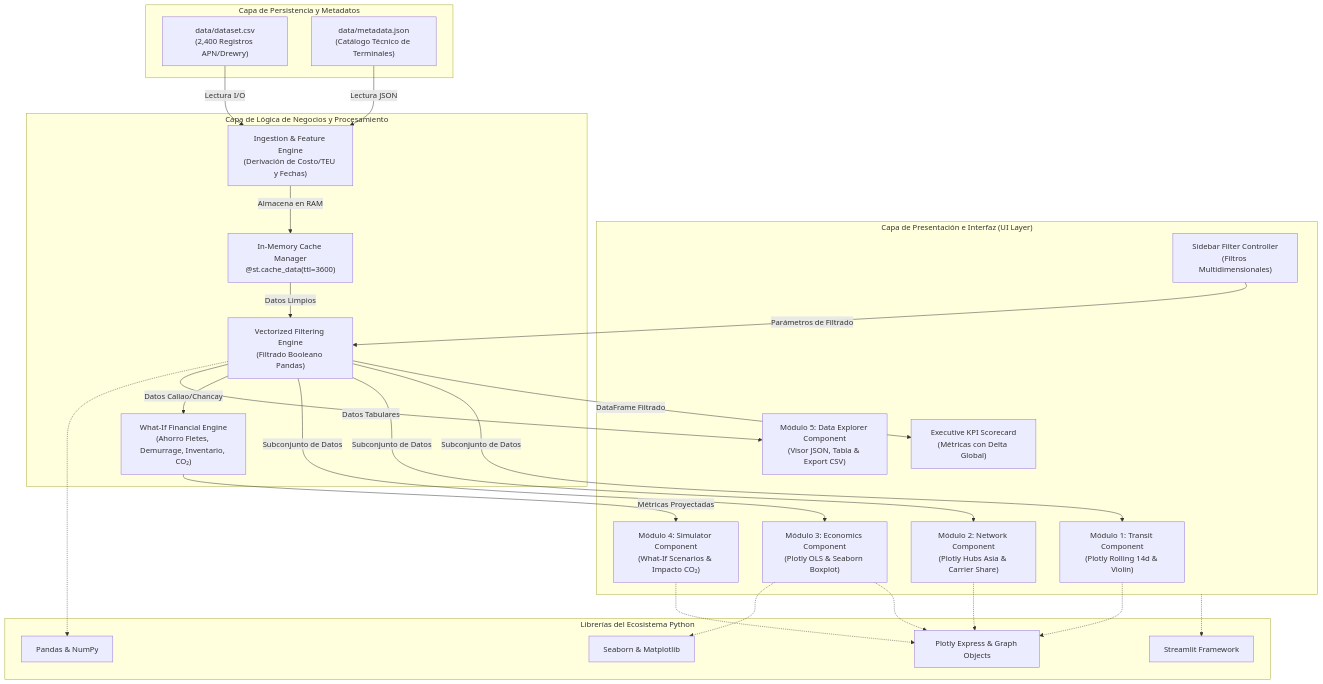
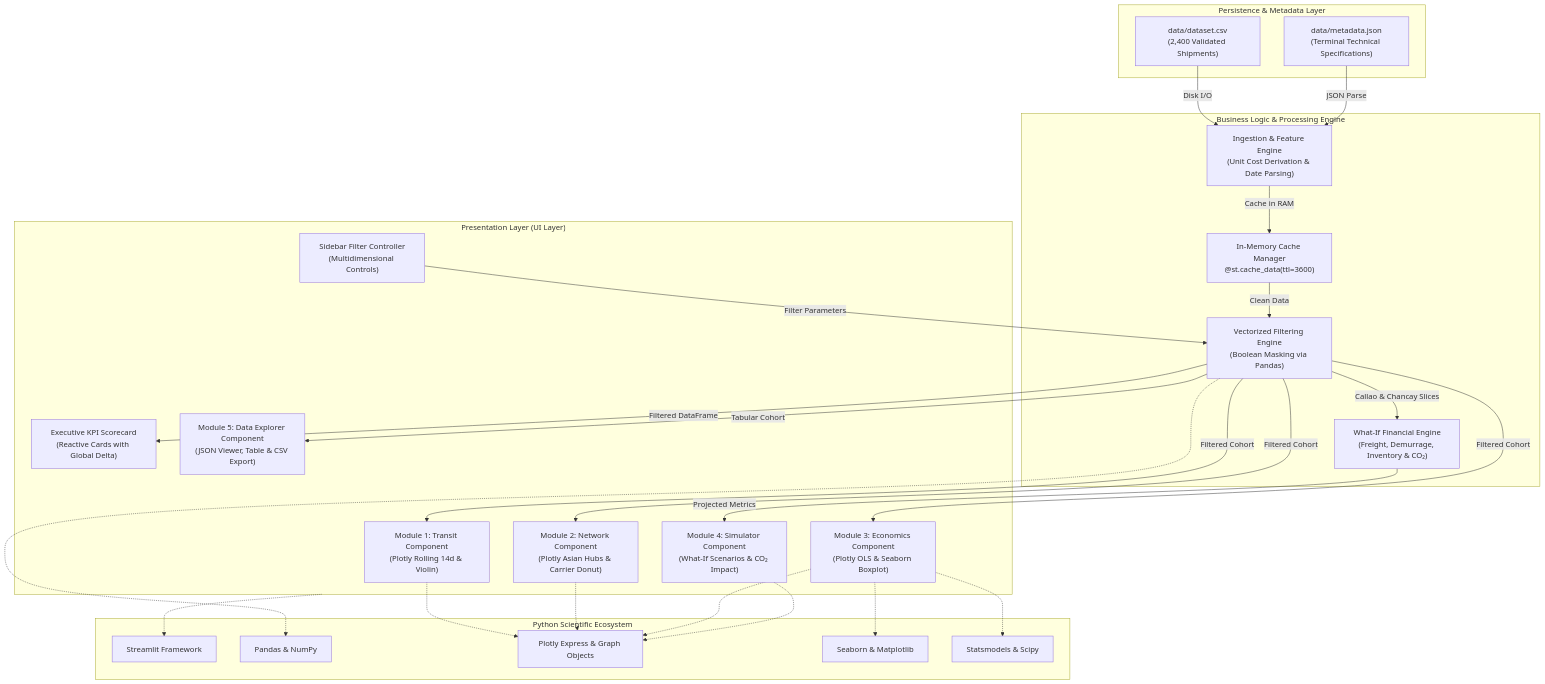
One commit to FabrizioPerezPeralta/Chancay-vs.-Callao-Interactive-Maritime-Logistics-Explorer-with-Python-Streamlit-Plotly changed the second of 5 diagrams in README.md. Above: the diagram before and after it, drawn with Mermaid. The commit also changed other lines of this file and 2 other files, not shown here.

````diff
--- a/README.md
+++ b/README.md
@@ -131,53 +131,55 @@
 ```mermaid
 flowchart TD
-    subgraph UI_Layer["Capa de Presentación e Interfaz (UI Layer)"]
-        Sidebar["Sidebar Filter Controller<br/>(Filtros Multidimensionales)"]
-        KPICard["Executive KPI Scorecard<br/>(Métricas con Delta Global)"]
-        Tab1["Módulo 1: Transit Component<br/>(Plotly Rolling 14d & Violín)"]
-        Tab2["Módulo 2: Network Component<br/>(Plotly Hubs Asia & Carrier Share)"]
-        Tab3["Módulo 3: Economics Component<br/>(Plotly OLS & Seaborn Boxplot)"]
-        Tab4["Módulo 4: Simulator Component<br/>(What-If Scenarios & Impacto CO₂)"]
-        Tab5["Módulo 5: Data Explorer Component<br/>(Visor JSON, Tabla & Export CSV)"]
+    subgraph UI_Layer["Presentation Layer (UI Layer)"]
+        Sidebar["Sidebar Filter Controller<br/>(Multidimensional Controls)"]
+        KPICard["Executive KPI Scorecard<br/>(Reactive Cards with Global Delta)"]
+        Tab1["Module 1: Transit Component<br/>(Plotly Rolling 14d & Violin)"]
+        Tab2["Module 2: Network Component<br/>(Plotly Asian Hubs & Carrier Donut)"]
+        Tab3["Module 3: Economics Component<br/>(Plotly OLS & Seaborn Boxplot)"]
+        Tab4["Module 4: Simulator Component<br/>(What-If Scenarios & CO₂ Impact)"]
+        Tab5["Module 5: Data Explorer Component<br/>(JSON Viewer, Table & CSV Export)"]
     end
 
-    subgraph Logic_Layer["Capa de Lógica de Negocios y Procesamiento"]
-        Ingest["Ingestion & Feature Engine<br/>(Derivación de Costo/TEU y Fechas)"]
+    subgraph Logic_Layer["Business Logic & Processing Engine"]
+        Ingest["Ingestion & Feature Engine<br/>(Unit Cost Derivation & Date Parsing)"]
         Cache["In-Memory Cache Manager<br/>@st.cache_data(ttl=3600)"]
-        FilterEngine["Vectorized Filtering Engine<br/>(Filtrado Booleano Pandas)"]
-        SimEngine["What-If Financial Engine<br/>(Ahorro Fletes, Demurrage, Inventario, CO₂)"]
+        FilterEngine["Vectorized Filtering Engine<br/>(Boolean Masking via Pandas)"]
+        SimEngine["What-If Financial Engine<br/>(Freight, Demurrage, Inventory & CO₂)"]
     end
 
-    subgraph Data_Layer["Capa de Persistencia y Metadatos"]
-        CSV["data/dataset.csv<br/>(2,400 Registros APN/Drewry)"]
-        JSON["data/metadata.json<br/>(Catálogo Técnico de Terminales)"]
+    subgraph Data_Layer["Persistence & Metadata Layer"]
+        CSV["data/dataset.csv<br/>(2,400 Validated Shipments)"]
+        JSON["data/metadata.json<br/>(Terminal Technical Specifications)"]
     end
 
-    subgraph Libs["Librerías del Ecosistema Python"]
+    subgraph Libs["Python Scientific Ecosystem"]
         StreamlitLib["Streamlit Framework"]
         PandasLib["Pandas & NumPy"]
         PlotlyLib["Plotly Express & Graph Objects"]
         SeabornLib["Seaborn & Matplotlib"]
+        StatsLib["Statsmodels & Scipy"]
     end
 
-    CSV -->|"Lectura I/O"| Ingest
-    JSON -->|"Lectura JSON"| Ingest
-    Ingest -->|"Almacena en RAM"| Cache
-    Cache -->|"Datos Limpios"| FilterEngine
+    CSV -->|"Disk I/O"| Ingest
+    JSON -->|"JSON Parse"| Ingest
+    Ingest -->|"Cache in RAM"| Cache
+    Cache -->|"Clean Data"| FilterEngine
 
-    Sidebar -->|"Parámetros de Filtrado"| FilterEngine
-    FilterEngine -->|"DataFrame Filtrado"| KPICard
-    FilterEngine -->|"Subconjunto de Datos"| Tab1
-    FilterEngine -->|"Subconjunto de Datos"| Tab2
-    FilterEngine -->|"Subconjunto de Datos"| Tab3
-    FilterEngine -->|"Datos Callao/Chancay"| SimEngine
-    SimEngine -->|"Métricas Proyectadas"| Tab4
-    FilterEngine -->|"Datos Tabulares"| Tab5
+    Sidebar -->|"Filter Parameters"| FilterEngine
+    FilterEngine -->|"Filtered DataFrame"| KPICard
+    FilterEngine -->|"Filtered Cohort"| Tab1
+    FilterEngine -->|"Filtered Cohort"| Tab2
+    FilterEngine -->|"Filtered Cohort"| Tab3
+    FilterEngine -->|"Callao & Chancay Slices"| SimEngine
+    SimEngine -->|"Projected Metrics"| Tab4
+    FilterEngine -->|"Tabular Cohort"| Tab5
 
     Tab1 -.-> PlotlyLib
     Tab2 -.-> PlotlyLib
     Tab3 -.-> PlotlyLib
     Tab3 -.-> SeabornLib
+    Tab3 -.-> StatsLib
     Tab4 -.-> PlotlyLib
     FilterEngine -.-> PandasLib
     UI_Layer -.-> StreamlitLib
 ```
````
